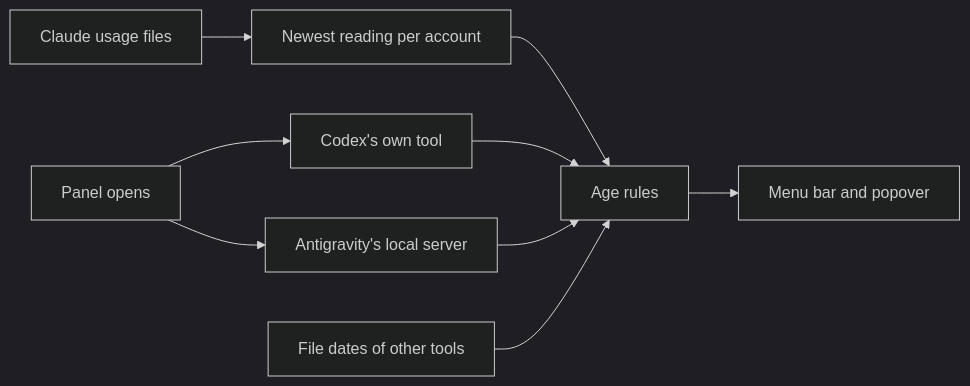
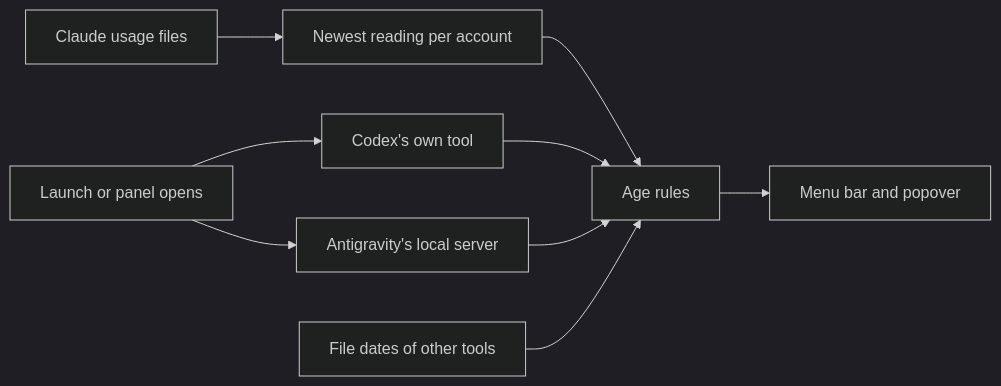
One commit to davidwidagdo/ai-meter-bar changed the first of 2 diagrams in README.md. Above: the diagram before and after it, drawn with Mermaid (dark theme). The commit also changed other lines of this file and 11 other files, not shown here.

````diff
--- a/README.md
+++ b/README.md
@@ -28,8 +28,8 @@
 ```mermaid
 flowchart LR
   A[Claude usage files] --> M[Newest reading per account] --> E[Age rules]
-  P[Panel opens] --> B[Codex's own tool] --> E
+  P[Launch or panel opens] --> B[Codex's own tool] --> E
   P --> G[Antigravity's local server] --> E
   C[File dates of other tools] --> E
   E --> F[Menu bar and popover]
 ```
````
